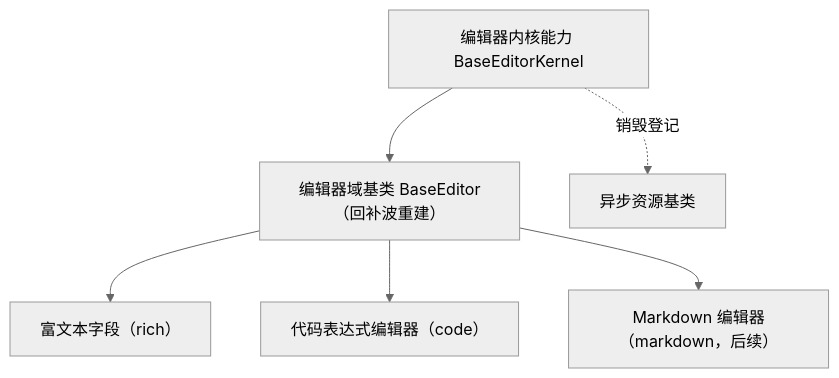
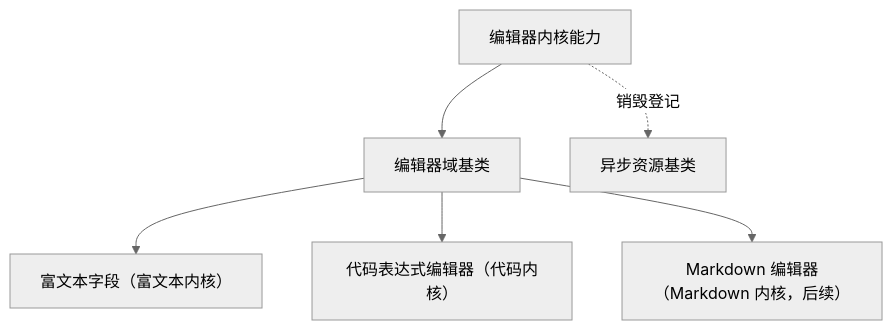
The diagram in bms文档/设计/组件设计/02_基础组件类/02_能力类/17_组件设计_编辑器内核能力/17_组件设计_编辑器内核能力.md (minjian123/basic-management-system), drawn with Mermaid (neutral theme) before and after one commit. The commit also changed other lines of this file and 238 other files, not shown here.

````diff
--- a/bms文档/设计/组件设计/02_基础组件类/02_能力类/17_组件设计_编辑器内核能力/17_组件设计_编辑器内核能力.md
+++ b/bms文档/设计/组件设计/02_基础组件类/02_能力类/17_组件设计_编辑器内核能力/17_组件设计_编辑器内核能力.md
@@ -15,8 +16,8 @@
 ```mermaid
 flowchart TD
-    K["编辑器内核能力 BaseEditorKernel"] --> E["编辑器域基类 BaseEditor（回补波重建）"]
-    E --> F1["富文本字段（rich）"]
-    E --> F2["代码表达式编辑器（code）"]
-    E --> F3["Markdown 编辑器（markdown，后续）"]
+    K["编辑器内核能力"] --> E["编辑器域基类"]
+    E --> F1["富文本字段（富文本内核）"]
+    E --> F2["代码表达式编辑器（代码内核）"]
+    E --> F3["Markdown 编辑器（Markdown 内核，后续）"]
     K -. 销毁登记 .-> AR["异步资源基类"]
 ```
````
